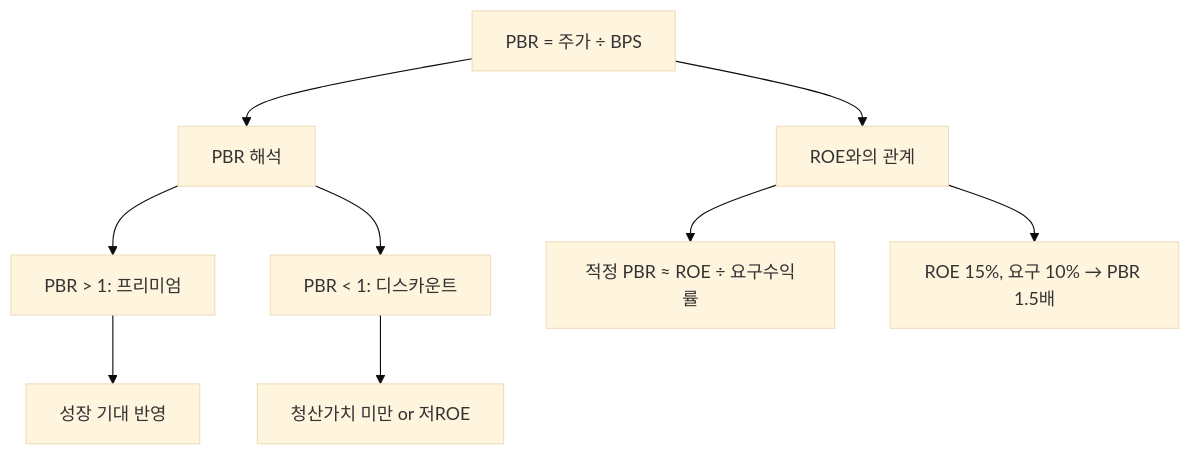
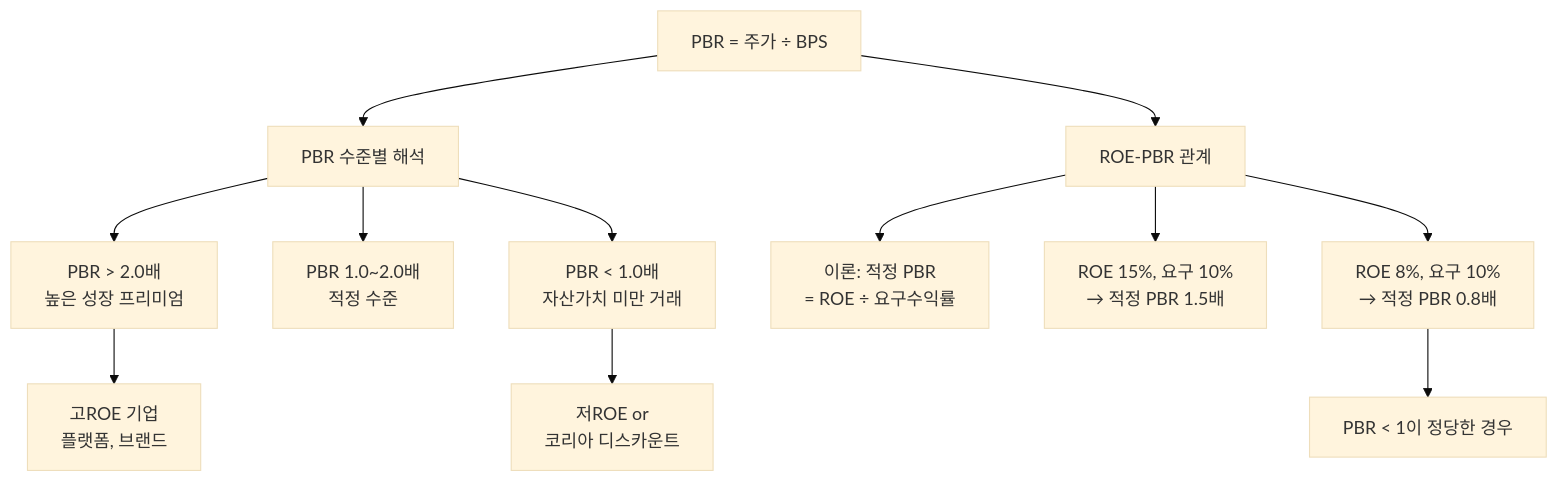
The diagram in content/stock-terms/ko/level-05-valuation/pbr.md (yeongseon/stock-visual-note), drawn with Mermaid (base theme) before and after one commit. The commit also changed other lines of this file, not shown here.

Commit message:
content: rewrite pbr.md — 가상 기업 시나리오, 10+ 노드 Mermaid, 블로그 톤 강화

````diff
--- a/content/stock-terms/ko/level-05-valuation/pbr.md
+++ b/content/stock-terms/ko/level-05-valuation/pbr.md
@@ -39,12 +47,20 @@
 ```mermaid
 graph TD
     A["PBR = 주가 ÷ BPS"]
-    A --> B["PBR 해석"]
-    A --> C["ROE와의 관계"]
-    B --> B1["PBR > 1: 프리미엄"]
-    B --> B2["PBR < 1: 디스카운트"]
-    B1 --> B1a["성장 기대 반영"]
-    B2 --> B2a["청산가치 미만 or 저ROE"]
-    C --> C1["적정 PBR ≈ ROE ÷ 요구수익률"]
-    C --> C2["ROE 15%, 요구 10% → PBR 1.5배"]
+
+    A --> B["PBR 수준별 해석"]
+    A --> C["ROE-PBR 관계"]
+
+    B --> B1["PBR > 2.0배<br>높은 성장 프리미엄"]
+    B --> B2["PBR 1.0~2.0배<br>적정 수준"]
+    B --> B3["PBR < 1.0배<br>자산가치 미만 거래"]
+
+    B1 --> B1a["고ROE 기업<br>플랫폼, 브랜드"]
+    B3 --> B3a["저ROE or<br>코리아 디스카운트"]
+
+    C --> C1["이론: 적정 PBR<br>= ROE ÷ 요구수익률"]
+    C --> C2["ROE 15%, 요구 10%<br>→ 적정 PBR 1.5배"]
+    C --> C3["ROE 8%, 요구 10%<br>→ 적정 PBR 0.8배"]
+
+    C3 --> D["PBR < 1이 정당한 경우"]
 ```
````
